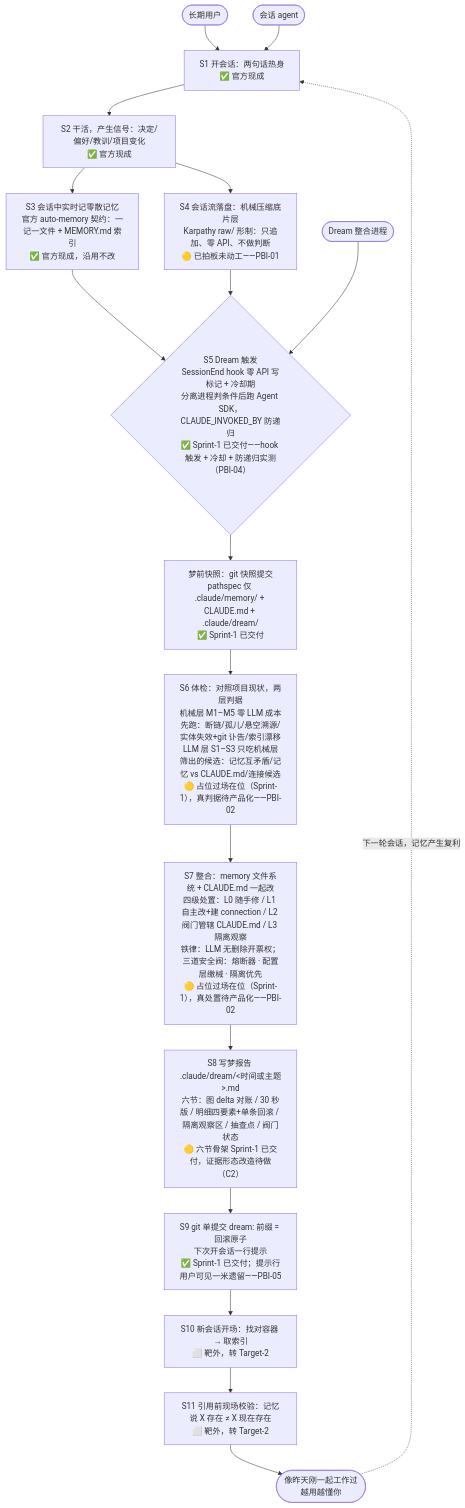
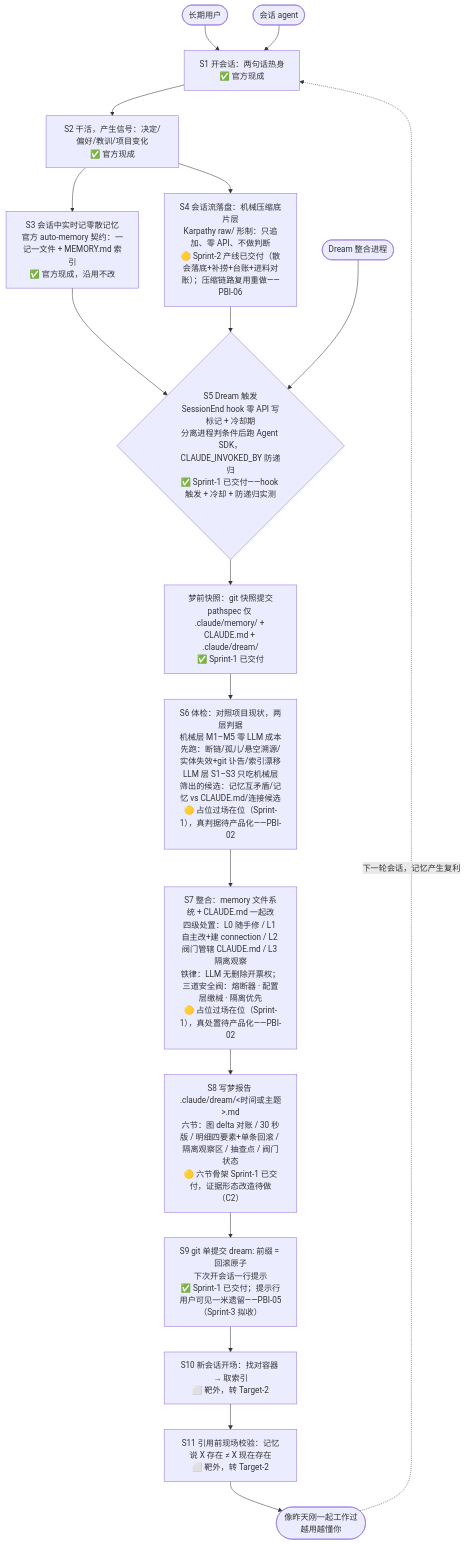
Before and after one commit to seapawn1/ClaudeDream: the diagram in scrum/ProductBacklog.md, drawn with Mermaid. The commit also changed other lines of this file and 4 other files, not shown here.

First line of the commit message:
scrum: Sprint-2 收口后 refinement——DoD 归位 + backlog 刷新 + CLAUDE.md 环境坑与状态对齐

````diff
--- a/scrum/ProductBacklog.md
+++ b/scrum/ProductBacklog.md
@@ -64,20 +67,20 @@
 ```mermaid
 flowchart TD
     User([长期用户]) --> S1
     Agent([会话 agent]) --> S1
     S1["S1 开会话：两句话热身<br/>✅ 官方现成"] --> S2["S2 干活，产生信号：决定/偏好/教训/项目变化<br/>✅ 官方现成"]
     S2 --> S3["S3 会话中实时记零散记忆<br/>官方 auto-memory 契约：一记一文件 + MEMORY.md 索引<br/>✅ 官方现成，沿用不改"]
-    S2 --> S4["S4 会话流落盘：机械压缩底片层<br/>Karpathy raw/ 形制：只追加、零 API、不做判断<br/>🟡 已拍板未动工——PBI-01"]
+    S2 --> S4["S4 会话流落盘：机械压缩底片层<br/>Karpathy raw/ 形制：只追加、零 API、不做判断<br/>🟡 Sprint-2 产线已交付（散会落底+补捞+台账+进料对账）；压缩链路复用重做——PBI-06"]
     S3 --> S5
-    S4 --> S5{"S5 Dream 触发<br/>SessionEnd hook 零 API 写标记 + 冷却期<br/>分离进程判条件后跑 Agent SDK，CLAUDE_INVOKED_BY 防递归<br/>✅ Sprint-1 已交付——hook 触发 + 冷却 + 防递归实测（PBI-04）"}
+    S4 --> S5{"S5 Dream 触发<br/>SessionEnd hook 零 API 写标记 + 冷却期<br/>分离进程判条件后跑 Agent SDK，CLAUDE_INVOKED_BY 防递归<br/>✅ Sprint-1 已交付——hook 触发 + 冷却 + 防递归实测"}
     Dream([Dream 整合进程]) --> S5
     S5 --> P0["梦前快照：git 快照提交<br/>pathspec 仅 .claude/memory/ + CLAUDE.md + .claude/dream/<br/>✅ Sprint-1 已交付"]
     P0 --> S6["S6 体检：对照项目现状，两层判据<br/>机械层 M1–M5 零 LLM 成本先跑：断链/孤儿/悬空溯源/实体失效+git 讣告/索引漂移<br/>LLM 层 S1–S3 只吃机械层筛出的候选：记忆互矛盾/记忆 vs CLAUDE.md/连接候选<br/>🟡 占位过场在位（Sprint-1），真判据待产品化——PBI-02"]
     S6 --> S7["S7 整合：memory 文件系统 + CLAUDE.md 一起改<br/>四级处置：L0 随手修 / L1 自主改+建 connection / L2 阀门管辖 CLAUDE.md / L3 隔离观察<br/>铁律：LLM 无删除开票权；三道安全阀：熔断器 · 配置层缴械 · 隔离优先<br/>🟡 占位过场在位（Sprint-1），真处置待产品化——PBI-02"]
     S7 --> S8["S8 写梦报告 .claude/dream/&lt;时间或主题&gt;.md<br/>六节：图 delta 对账 / 30 秒版 / 明细四要素+单条回滚 / 隔离观察区 / 抽查点 / 阀门状态<br/>🟡 六节骨架 Sprint-1 已交付，证据形态改造待做（C2）"]
-    S8 --> S9["S9 git 单提交 dream: 前缀 = 回滚原子<br/>下次开会话一行提示<br/>✅ Sprint-1 已交付；提示行用户可见一米遗留——PBI-05"]
+    S8 --> S9["S9 git 单提交 dream: 前缀 = 回滚原子<br/>下次开会话一行提示<br/>✅ Sprint-1 已交付；提示行用户可见一米遗留——PBI-05（Sprint-3 拟收）"]
     S9 --> S10["S10 新会话开场：找对容器 → 取索引<br/>⬜ 靶外，转 Target-2"]
     S10 --> S11["S11 引用前现场校验：记忆说 X 存在 ≠ X 现在存在<br/>⬜ 靶外，转 Target-2"]
     S11 --> END([像昨天刚一起工作过<br/>越用越懂你])
     END -.->|下一轮会话，记忆产生复利| S1
 ```
````
